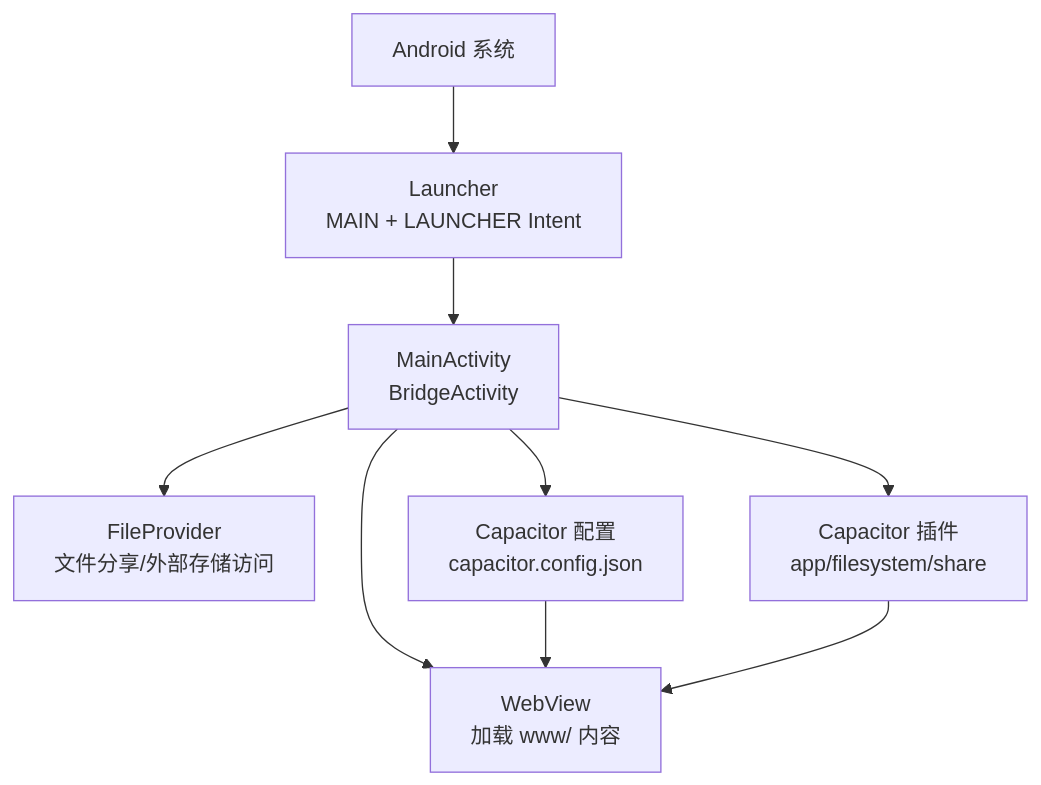
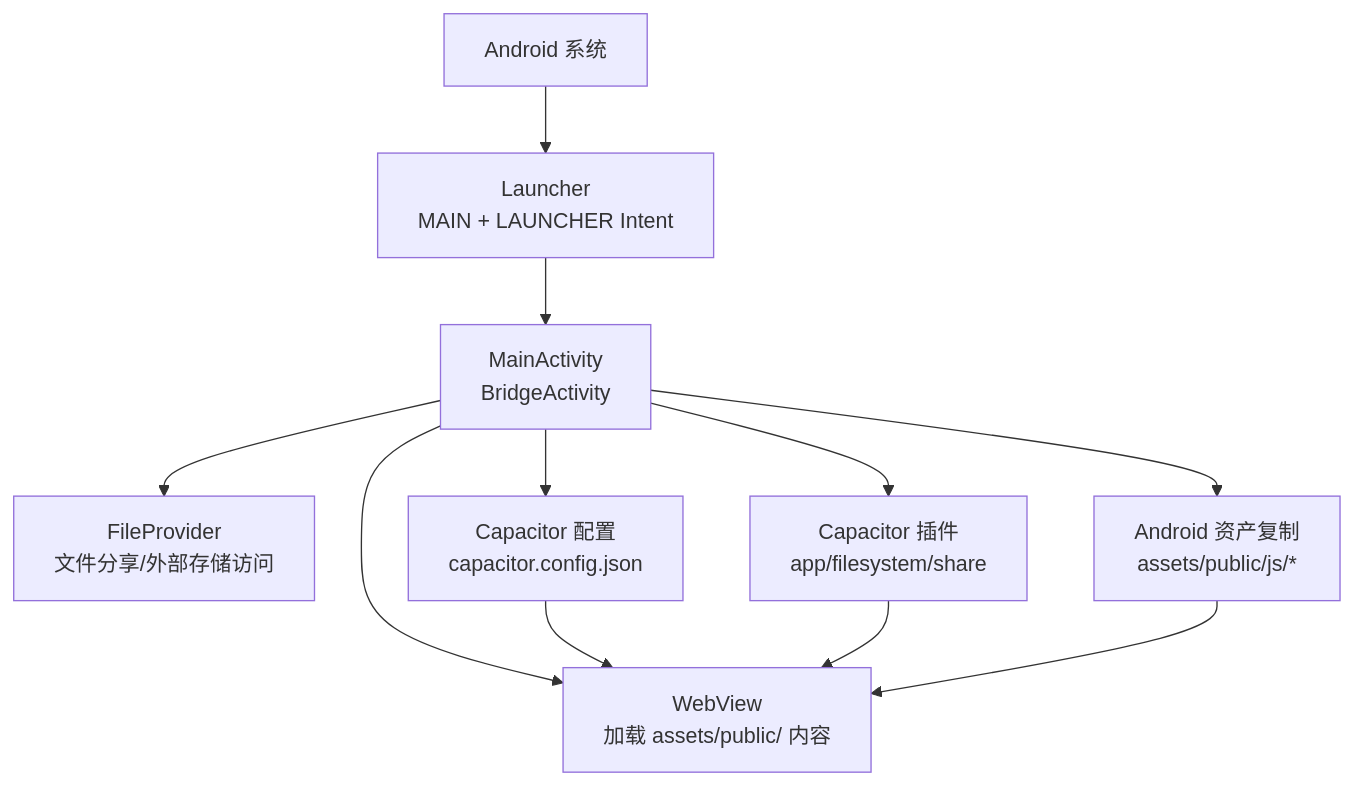
One commit to KAGUYA284/anima-list changed the second of 8 diagrams in .qoder/repowiki/zh/content/技术架构/Android平台集成.md. Above: the diagram before and after it, drawn with Mermaid. The commit also changed other lines of this file and 17 other files, not shown here.

````diff
--- a/.qoder/repowiki/zh/content/技术架构/Android平台集成.md
+++ b/.qoder/repowiki/zh/content/技术架构/Android平台集成.md
@@ -96,11 +126,13 @@
 ```mermaid
 graph TB
 OS["Android 系统"] --> LAUNCHER["Launcher<br/>MAIN + LAUNCHER Intent"]
 LAUNCHER --> ACT["MainActivity<br/>BridgeActivity"]
-ACT --> WV["WebView<br/>加载 www/ 内容"]
+ACT --> WV["WebView<br/>加载 assets/public/ 内容"]
 ACT --> FP["FileProvider<br/>文件分享/外部存储访问"]
 ACT --> CFG["Capacitor 配置<br/>capacitor.config.json"]
 CFG --> WV
 ACT --> PLG["Capacitor 插件<br/>app/filesystem/share"]
 PLG --> WV
+ACT --> ASSETS["Android 资产复制<br/>assets/public/js/*"]
+ASSETS --> WV
 ```
````
